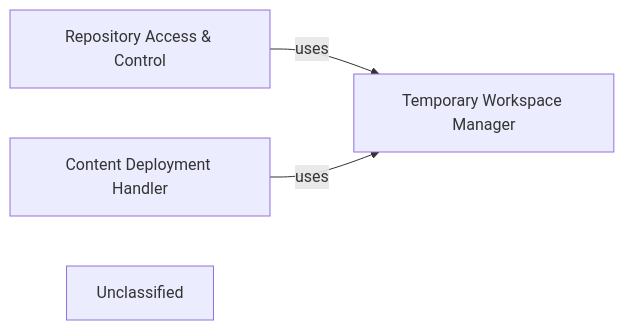
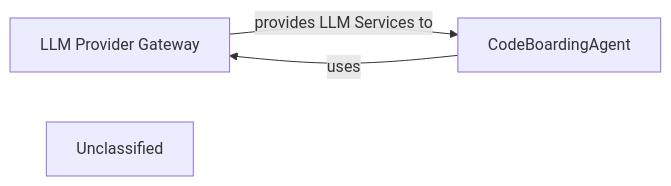
The fifth of 8 diagrams in docs/development/architecture.md (CodeBoarding/CodeBoarding), drawn with Mermaid before and after one commit. The commit also changed other lines of this file and 25 other files, not shown here.

First line of the commit message:
docs: update codeboarding documentation and generate architecture

````diff
--- a/docs/development/architecture.md
+++ b/docs/development/architecture.md
@@ -393,9 +313,9 @@
 ```mermaid
 graph LR
-    Repository_Access_Control["Repository Access & Control"]
-    Temporary_Workspace_Manager["Temporary Workspace Manager"]
-    Content_Deployment_Handler["Content Deployment Handler"]
+    LLM_Provider_Gateway["LLM Provider Gateway"]
+    CodeBoardingAgent["CodeBoardingAgent"]
     Unclassified["Unclassified"]
-    Repository_Access_Control -- "uses" --> Temporary_Workspace_Manager
-    Content_Deployment_Handler -- "uses" --> Temporary_Workspace_Manager
+    CodeBoardingAgent -- "uses" --> LLM_Provider_Gateway
+    LLM_Provider_Gateway -- "provides LLM Services to" --> CodeBoardingAgent
+    click LLM_Provider_Gateway href "https://github.com/CodeBoarding/CodeBoarding/blob/main/.codeboarding/LLM_Provider_Gateway.md" "Details"
 ```
````
